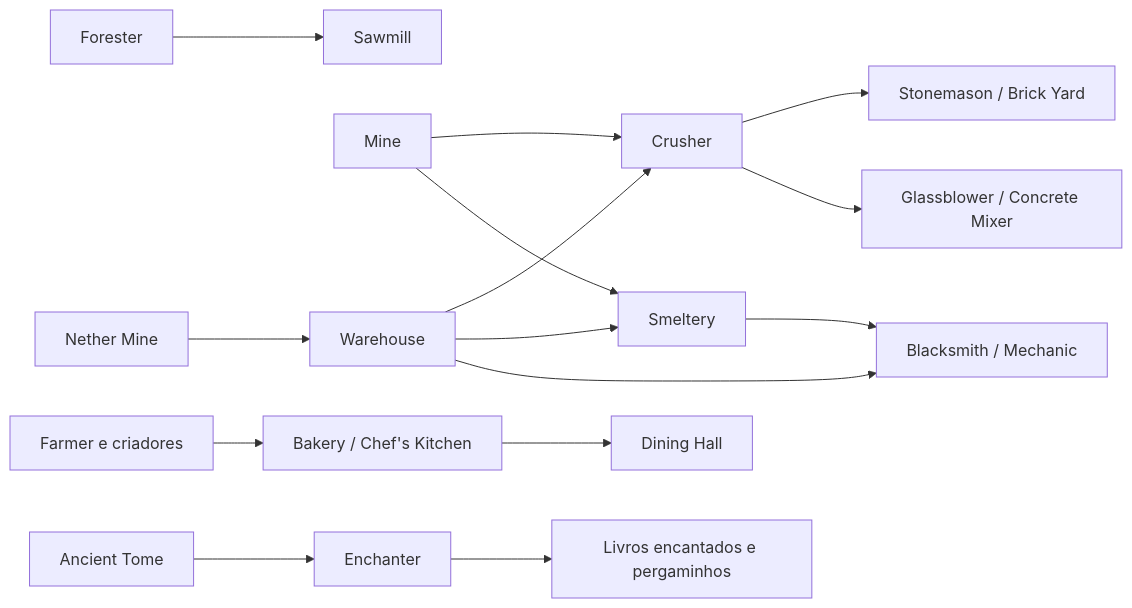
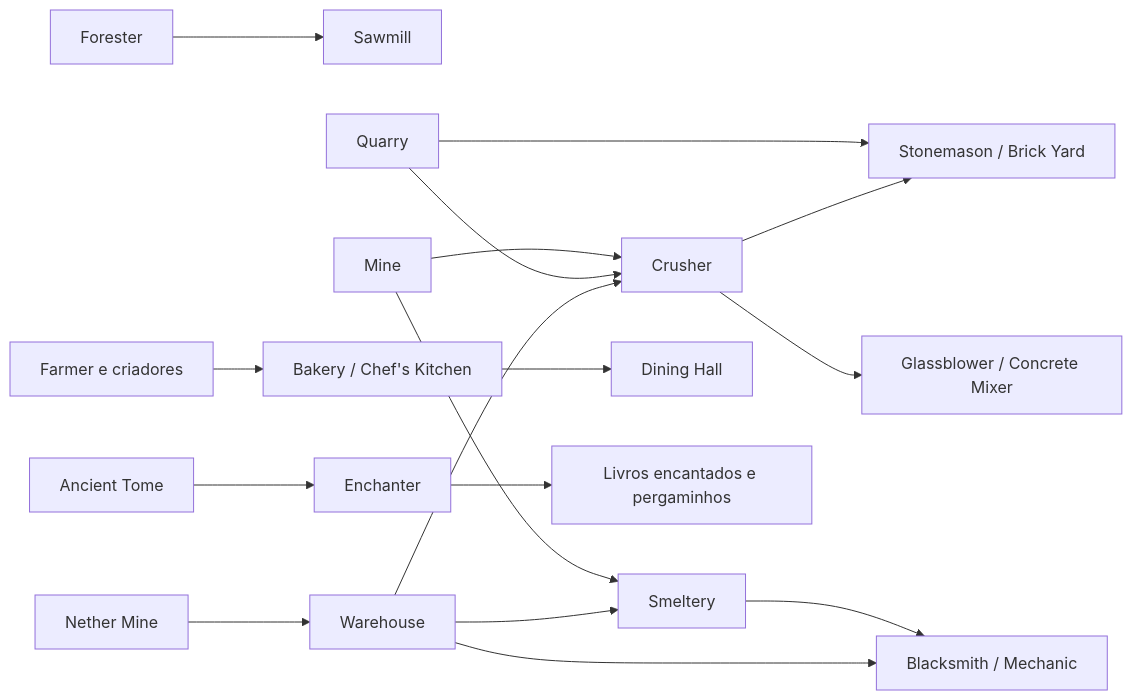
Before and after one commit to addandias/minecolonies-vault: the diagram in content/06 - Recursos e Produção/Matriz de receitas e oficinas.md, drawn with Mermaid. The commit also changed other lines of this file and 18 other files, not shown here.

````diff
--- a/content/06 - Recursos e Produção/Matriz de receitas e oficinas.md
+++ b/content/06 - Recursos e Produção/Matriz de receitas e oficinas.md
@@ -73,17 +80,19 @@
 ```mermaid
 flowchart LR
     A["Forester"] --> B["Sawmill"]
     C["Mine"] --> D["Crusher"]
     C --> E["Smeltery"]
+    Q["Quarry"] --> D
+    Q --> F
     D --> F["Stonemason / Brick Yard"]
     D --> G["Glassblower / Concrete Mixer"]
     E --> H["Blacksmith / Mechanic"]
     I["Farmer e criadores"] --> J["Bakery / Chef's Kitchen"]
     J --> K["Dining Hall"]
     L["Ancient Tome"] --> M["Enchanter"]
     M --> N["Livros encantados e pergaminhos"]
     O["Nether Mine"] --> P["Warehouse"]
     P --> D
     P --> E
     P --> H
 ```
````
